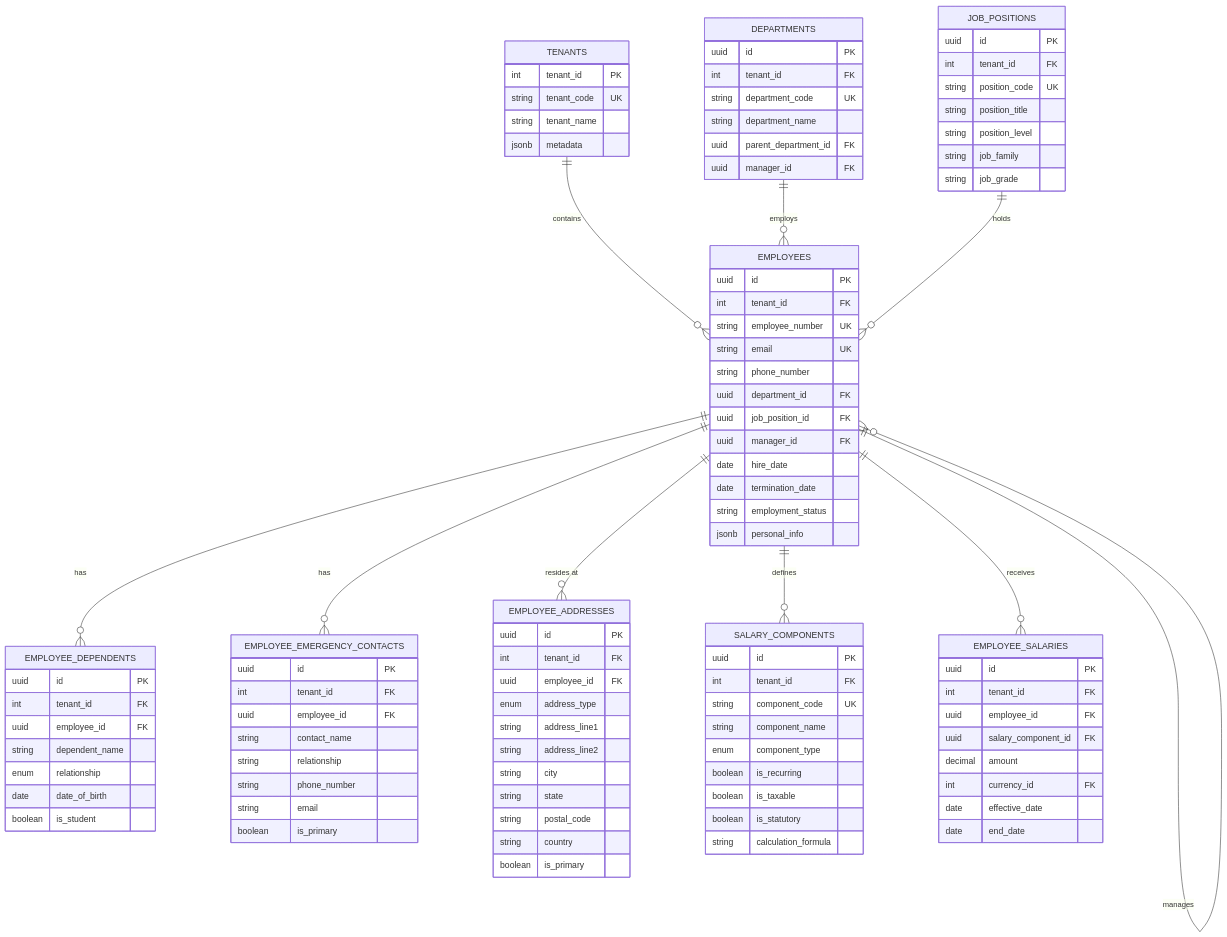
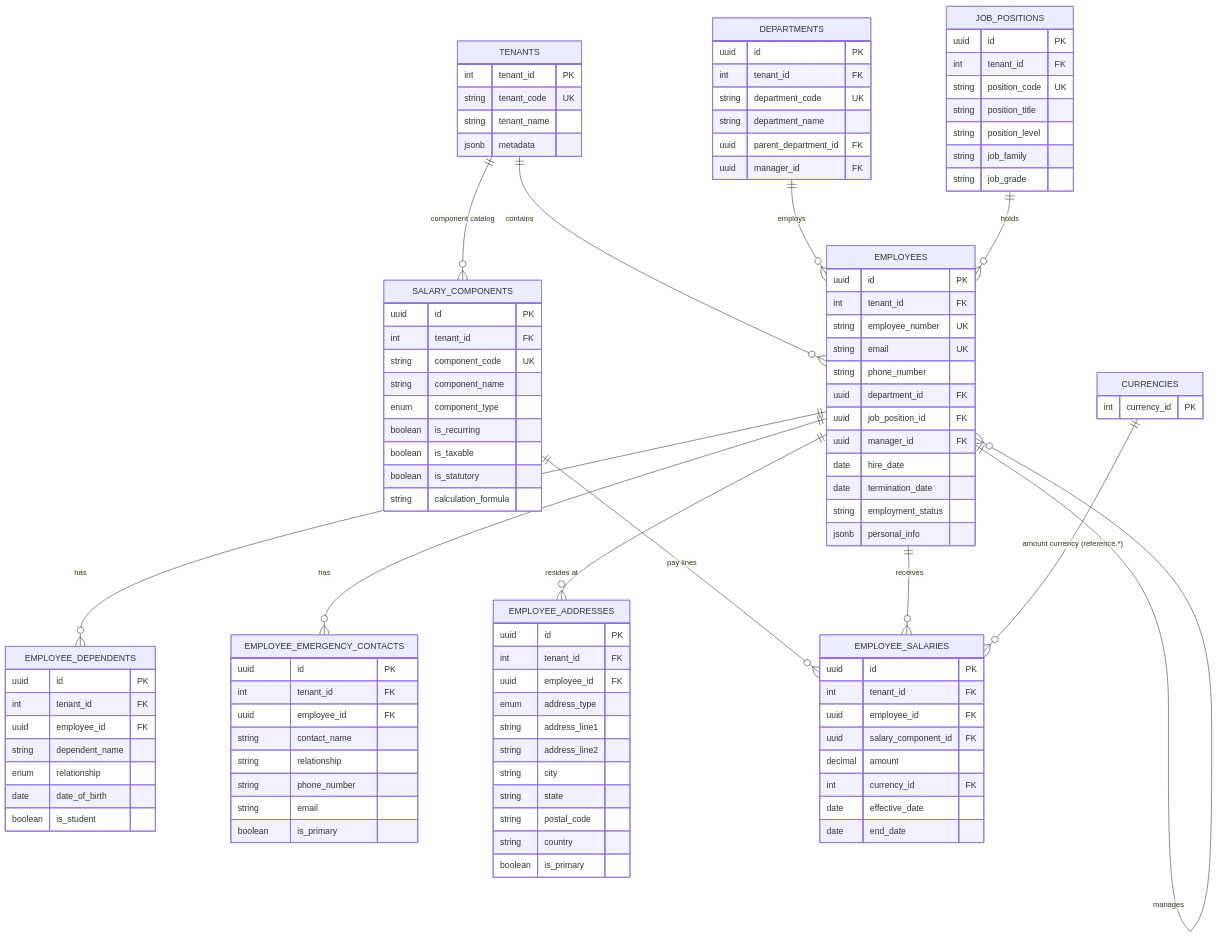
The first of 18 diagrams in packages/db/src/schema/hr/hr-docs/SCHEMA_DIAGRAM.md (pohlai88/AFENDA-META-UI), drawn with Mermaid before and after one commit. The commit also changed other lines of this file and 217 other files, not shown here.

```diff
--- a/packages/db/src/schema/hr/hr-docs/SCHEMA_DIAGRAM.md
+++ b/packages/db/src/schema/hr/hr-docs/SCHEMA_DIAGRAM.md
@@ -37,8 +37,10 @@
     EMPLOYEES ||--o{ EMPLOYEE_DEPENDENTS : "has"
     EMPLOYEES ||--o{ EMPLOYEE_EMERGENCY_CONTACTS : "has"
     EMPLOYEES ||--o{ EMPLOYEE_ADDRESSES : "resides at"
-    EMPLOYEES ||--o{ SALARY_COMPONENTS : "defines"
+    TENANTS ||--o{ SALARY_COMPONENTS : "component catalog"
+    SALARY_COMPONENTS ||--o{ EMPLOYEE_SALARIES : "pay lines"
     EMPLOYEES ||--o{ EMPLOYEE_SALARIES : "receives"
+    CURRENCIES ||--o{ EMPLOYEE_SALARIES : "amount currency (reference.*)"
 
     TENANTS {
         int tenant_id PK
@@ -128,6 +130,10 @@
         string calculation_formula
     }
 
+    CURRENCIES {
+        int currency_id PK
+    }
+
     EMPLOYEE_SALARIES {
         uuid id PK
         int tenant_id FK
```
